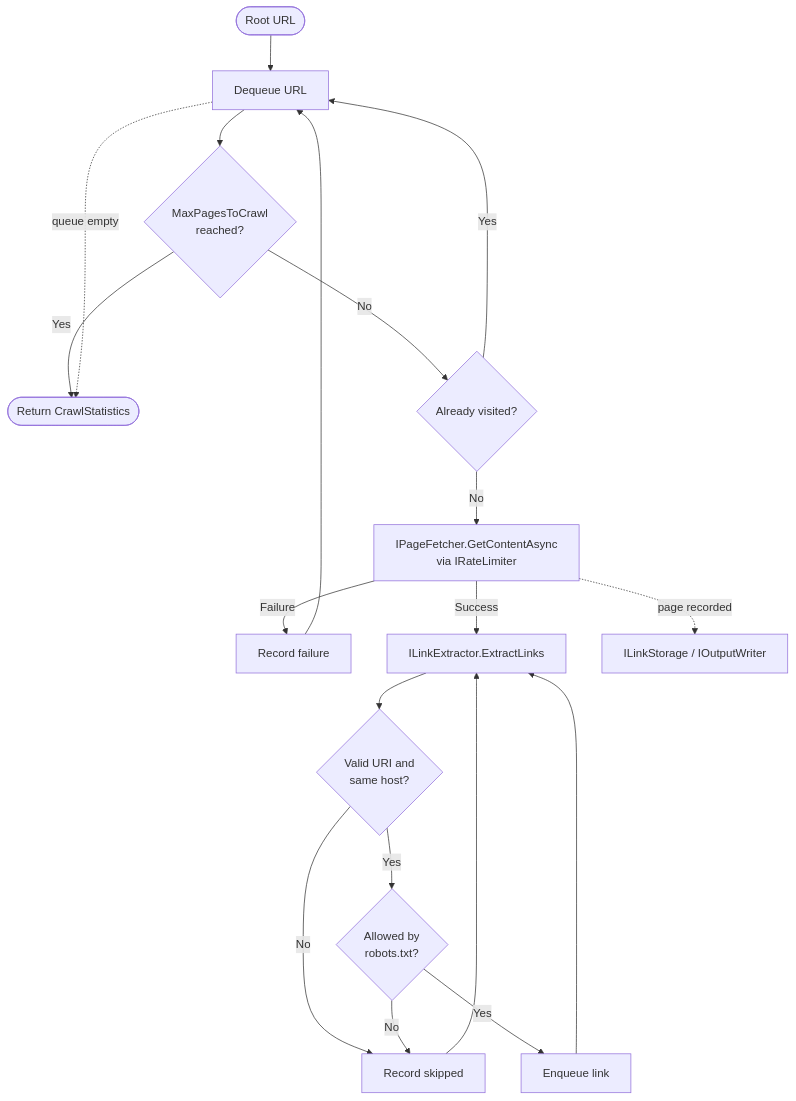
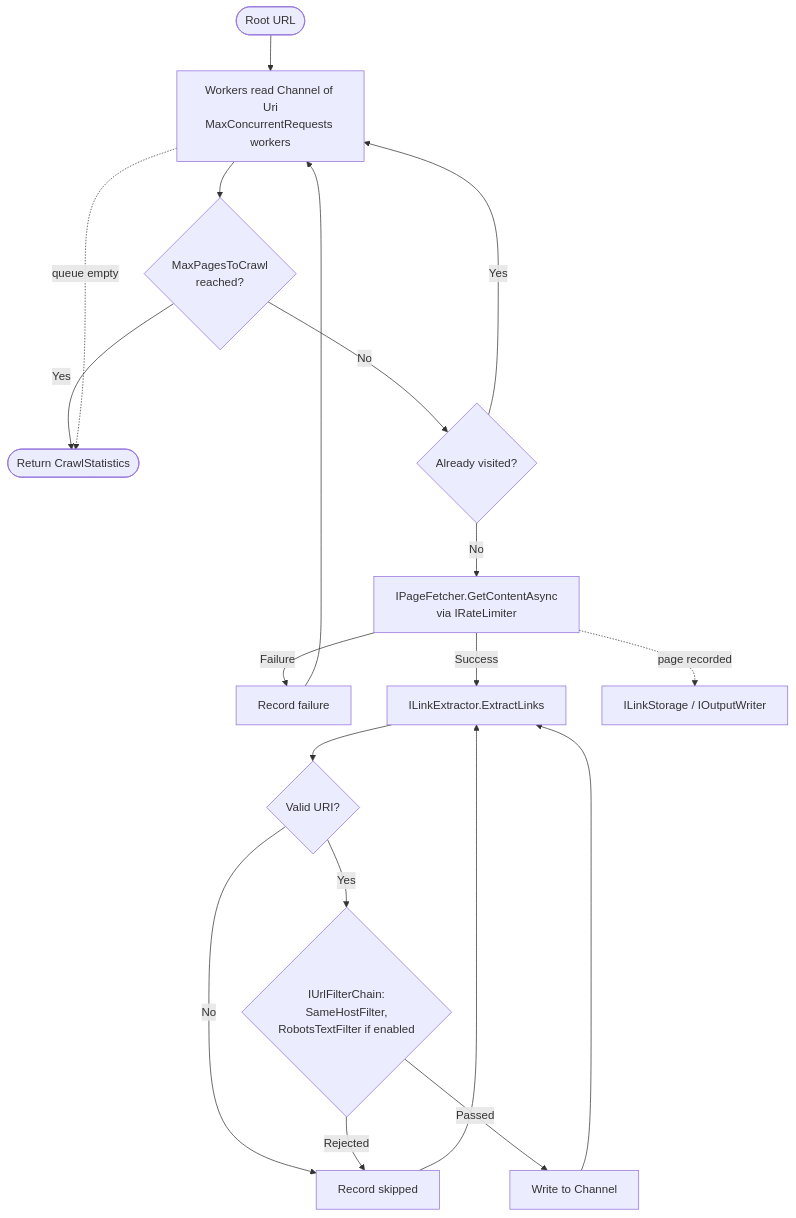
Before and after one commit to harshaniranawaka81/WebCrawler: the second of 3 diagrams in Documentation/ARCHITECTURE.md, drawn with Mermaid. The commit also changed other lines of this file and 39 other files, not shown here.

````diff
--- a/Documentation/ARCHITECTURE.md
+++ b/Documentation/ARCHITECTURE.md
@@ -32,18 +35,18 @@
 ```mermaid
 flowchart TD
-    Start([Root URL]) --> Queue[Dequeue URL]
+    Start([Root URL]) --> Queue[Workers read Channel of Uri<br/>MaxConcurrentRequests workers]
     Queue --> MaxCheck{MaxPagesToCrawl<br/>reached?}
     MaxCheck -- Yes --> Done([Return CrawlStatistics])
     MaxCheck -- No --> Visited{Already visited?}
     Visited -- Yes --> Queue
     Visited -- No --> Fetch[IPageFetcher.GetContentAsync<br/>via IRateLimiter]
     Fetch -- Failure --> Failed[Record failure] --> Queue
     Fetch -- Success --> Extract[ILinkExtractor.ExtractLinks]
-    Extract --> LinkCheck{Valid URI and<br/>same host?}
+    Extract --> LinkCheck{Valid URI?}
     LinkCheck -- No --> Skip[Record skipped] --> Extract
-    LinkCheck -- Yes --> Robots{Allowed by<br/>robots.txt?}
-    Robots -- No --> Skip
-    Robots -- Yes --> Enqueue[Enqueue link] --> Extract
+    LinkCheck -- Yes --> Chain{IUrlFilterChain:<br/>SameHostFilter,<br/>RobotsTextFilter if enabled}
+    Chain -- Rejected --> Skip
+    Chain -- Passed --> Enqueue[Write to Channel] --> Extract
     Fetch -. page recorded .-> Storage[ILinkStorage / IOutputWriter]
     Queue -. queue empty .-> Done
 ```
````
